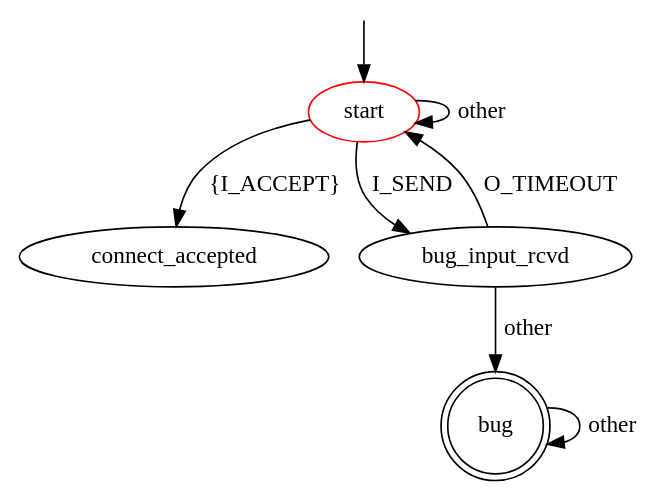
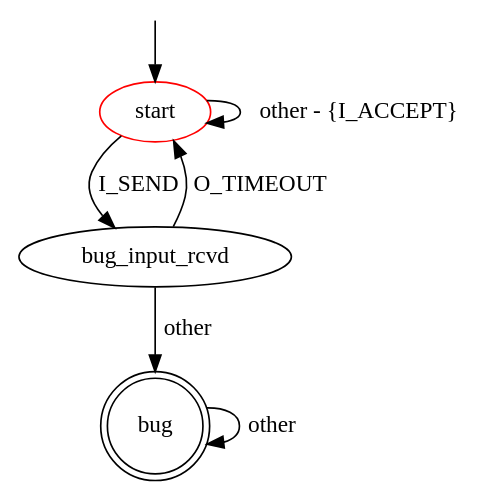
The diagram in src/main/resources/patterns/tcp/server/errorr_response_to_send_when_connection_not_exit.dot (assist-project/state-machine-bug-finder), drawn with Graphviz before and after one commit. The commit also changed 1 other file, not shown here.

```diff
--- a/src/main/resources/patterns/tcp/server/errorr_response_to_send_when_connection_not_exit.dot
+++ b/src/main/resources/patterns/tcp/server/errorr_response_to_send_when_connection_not_exit.dot
@@ -1,16 +1,15 @@
 digraph G {
 label=""
 start [color="red"]
 bug [shape="doublecircle"]
 
-start -> connect_accepted [label="{I_ACCEPT}"]
-start -> start [label="other"]
+start -> start [label="other - {I_ACCEPT}"]
 start -> bug_input_rcvd [label="I_SEND"]
 bug_input_rcvd -> start [label="O_TIMEOUT"]
 bug_input_rcvd -> bug [label="other"]
 
 bug -> bug [label="other"]
 
 __start0 [label="" shape="none" width="0" height="0"];
 __start0 -> start;
 }
```
